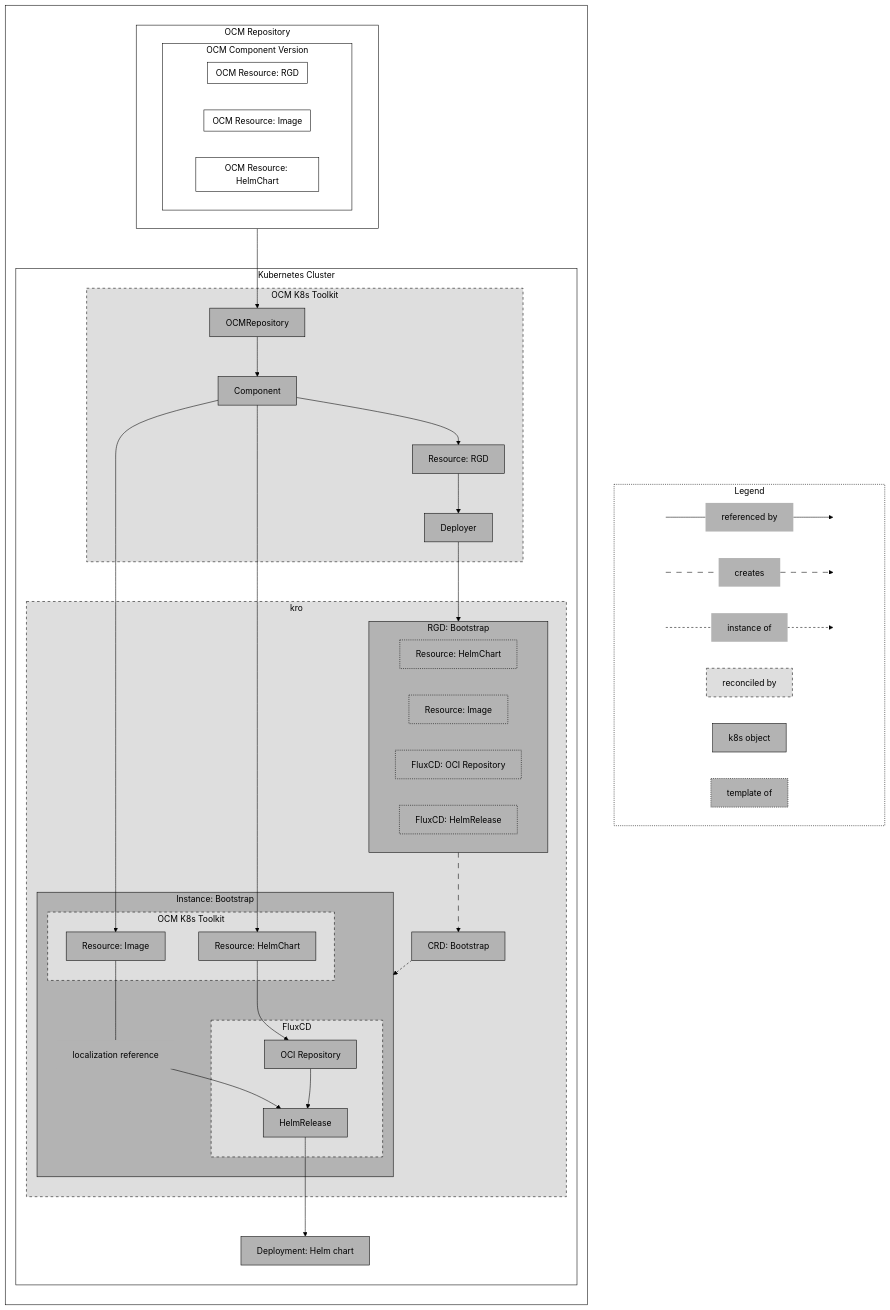
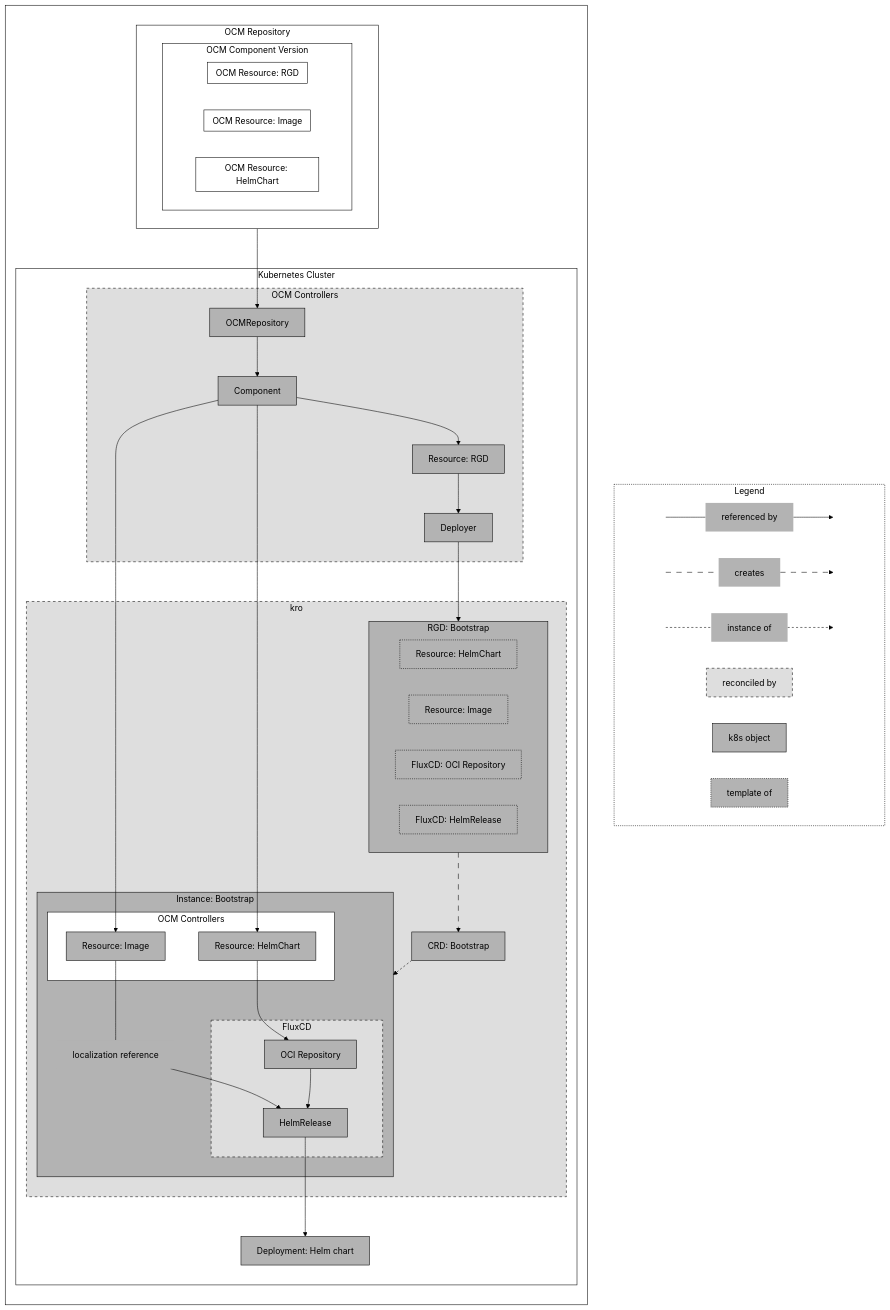
The diagram in content/docs/getting-started/ocm-controllers/deploy-helm-chart-bootstrap.md (open-component-model/ocm-website), drawn with Mermaid before and after one commit. The commit also changed other lines of this file and 3 other files, not shown here.

First line of the commit message:
fix: update documentation to replace 'OCM K8s Toolkit' with 'OCM Controllers' for consistency

```diff
--- a/content/docs/getting-started/ocm-controllers/deploy-helm-chart-bootstrap.md
+++ b/content/docs/getting-started/ocm-controllers/deploy-helm-chart-bootstrap.md
@@ -79,7 +79,7 @@
         end
 
         subgraph k8sCluster[Kubernetes Cluster]
-            subgraph bootstrap[OCM K8s Toolkit]
+            subgraph bootstrap[OCM Controllers]
                 k8sRepo[OCMRepository]
                 k8sComponent[Component]
                 k8sResourceRGD[Resource: RGD]
@@ -94,7 +94,7 @@
                 end
                 crdBootstrap[CRD: Bootstrap]
                 subgraph instanceBootstrap[Instance: Bootstrap]
-                    subgraph ocmK8sToolkit[OCM K8s Toolkit]
+                    subgraph ocmControllers[OCM Controllers]
                         k8sResourceHelm[Resource: HelmChart]
                         k8sResourceImage[Resource: Image]
                     end
```
